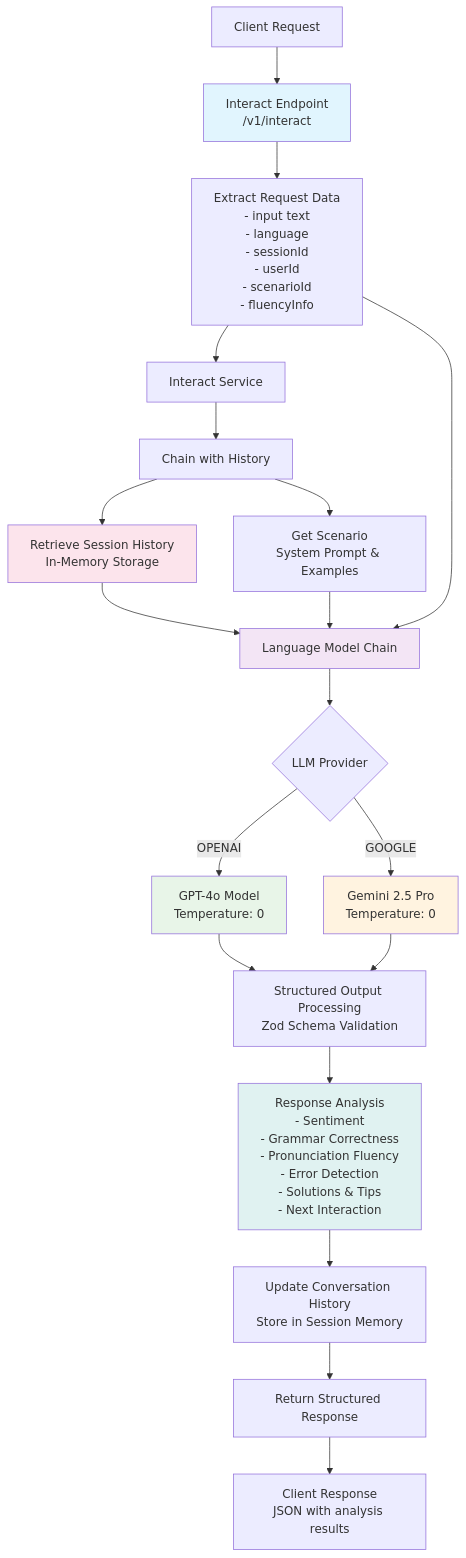
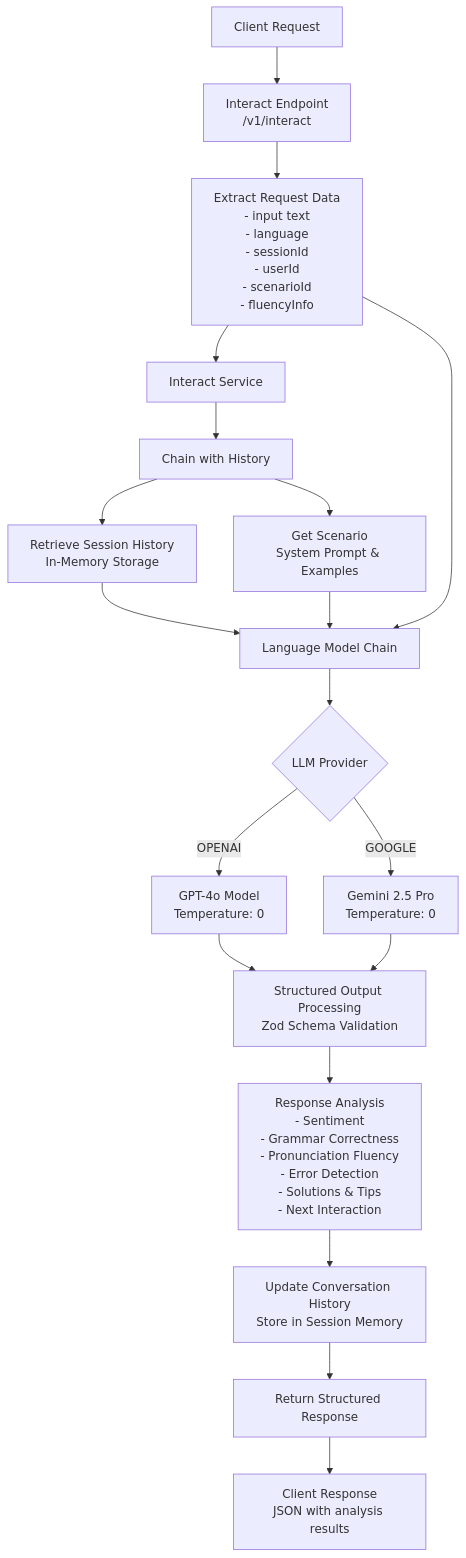
One commit to xavidop/fluentia-server changed the diagram in README.md. Above: the diagram before and after it, drawn with Mermaid.

Commit message:
feat: update colors

````diff
--- a/README.md
+++ b/README.md
@@ -74,36 +74,29 @@
 ```mermaid
 graph TD
     A[Client Request] --> B[Interact Endpoint<br/>/v1/interact]
     B --> C[Extract Request Data<br/>- input text<br/>- language<br/>- sessionId<br/>- userId<br/>- scenarioId<br/>- fluencyInfo]
     
     C --> D[Interact Service]
     D --> E[Chain with History]
     
     E --> F[Retrieve Session History<br/>In-Memory Storage]
     E --> G[Get Scenario<br/>System Prompt & Examples]
     
     F --> H[Language Model Chain]
     G --> H
     C --> H
     
     H --> I{LLM Provider}
     I -->|OPENAI| J[GPT-4o Model<br/>Temperature: 0]
     I -->|GOOGLE| K[Gemini 2.5 Pro<br/>Temperature: 0]
     
     J --> L[Structured Output Processing<br/>Zod Schema Validation]
     K --> L
     
     L --> M[Response Analysis<br/>- Sentiment<br/>- Grammar Correctness<br/>- Pronunciation Fluency<br/>- Error Detection<br/>- Solutions & Tips<br/>- Next Interaction]
     
     M --> N[Update Conversation History<br/>Store in Session Memory]
     N --> O[Return Structured Response]
     
     O --> P[Client Response<br/>JSON with analysis results]
-    
-    style B fill:#e1f5fe
-    style H fill:#f3e5f5
-    style J fill:#e8f5e8
-    style K fill:#fff3e0
-    style F fill:#fce4ec
-    style M fill:#e0f2f1
 ```
````
